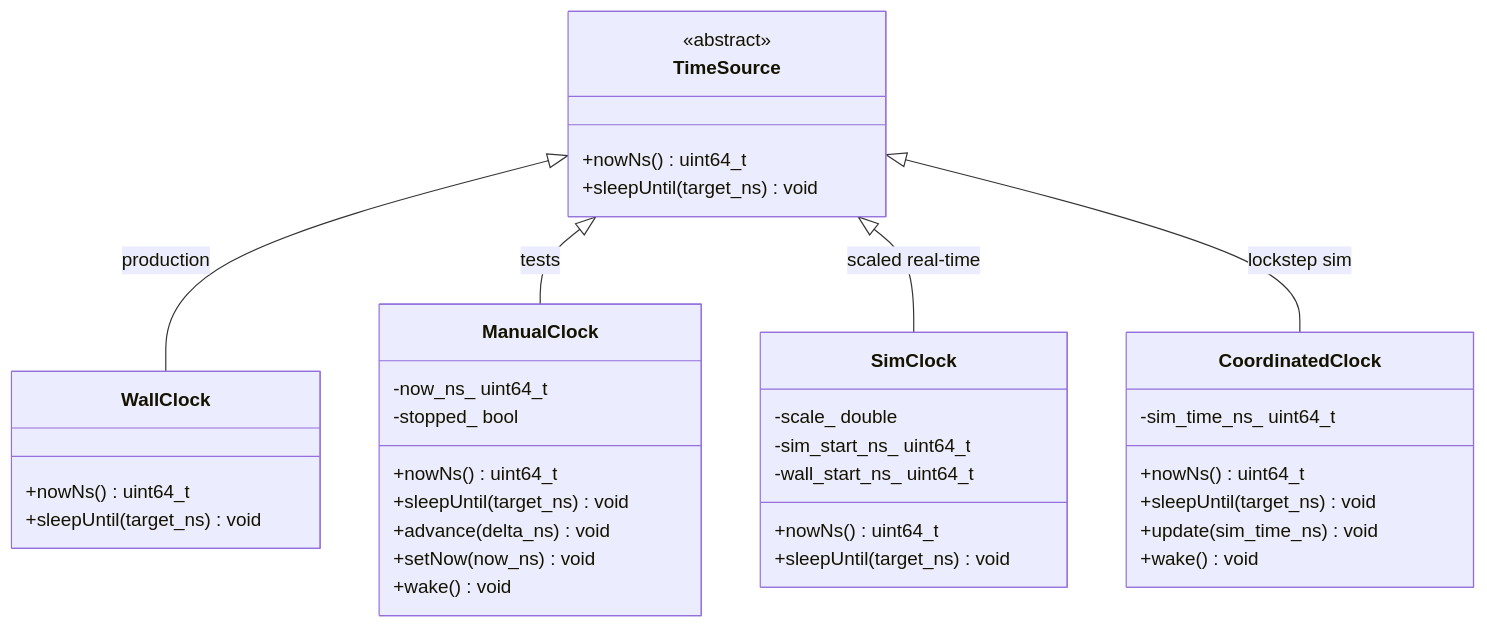
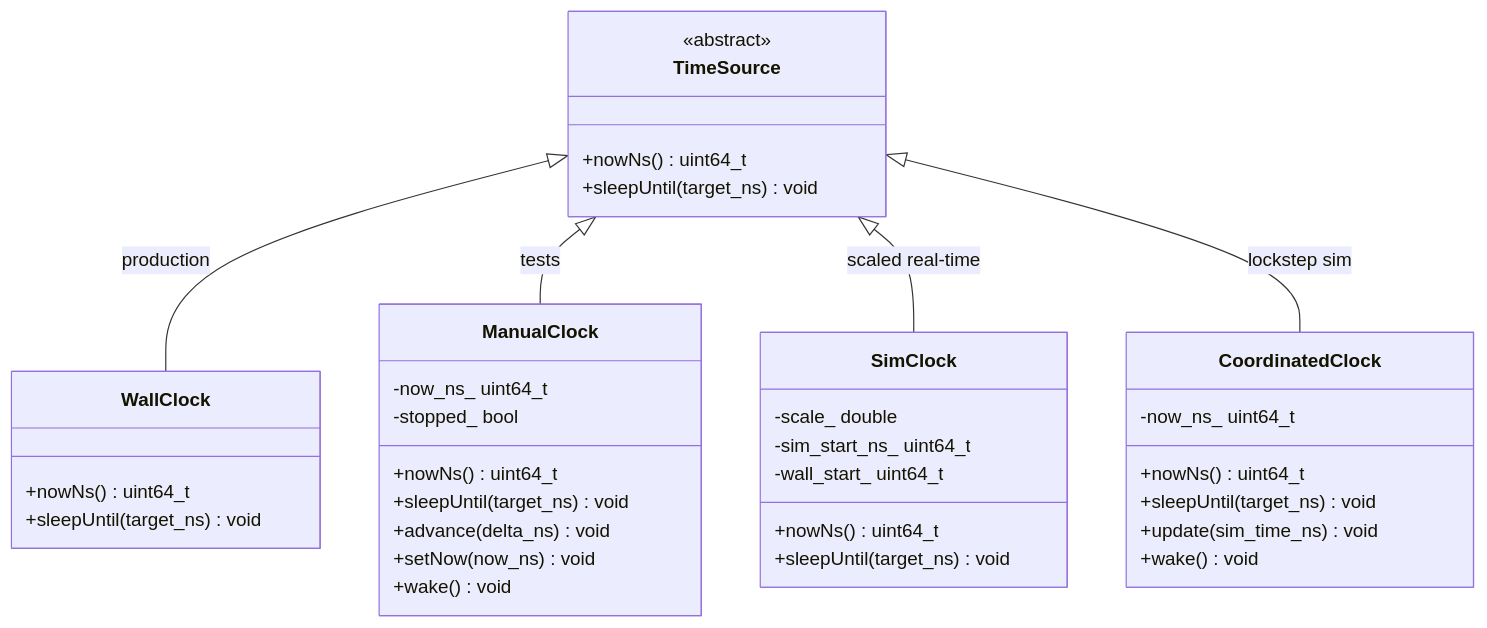
Before and after one commit to Unmanned-Constellation/orion: the first of 5 diagrams in docs/libs/orion-clock.md, drawn with Mermaid. The commit also changed other lines of this file and 18 other files, not shown here.

````diff
--- a/docs/libs/orion-clock.md
+++ b/docs/libs/orion-clock.md
@@ -25,39 +25,39 @@
 ```{mermaid}
 classDiagram
     class TimeSource {
         <<abstract>>
         +nowNs() uint64_t
         +sleepUntil(target_ns) void
     }
     class WallClock {
         +nowNs() uint64_t
         +sleepUntil(target_ns) void
     }
     class ManualClock {
         -now_ns_ uint64_t
         -stopped_ bool
         +nowNs() uint64_t
         +sleepUntil(target_ns) void
         +advance(delta_ns) void
         +setNow(now_ns) void
         +wake() void
     }
     class SimClock {
         -scale_ double
         -sim_start_ns_ uint64_t
-        -wall_start_ns_ uint64_t
+        -wall_start_ uint64_t
         +nowNs() uint64_t
         +sleepUntil(target_ns) void
     }
     class CoordinatedClock {
-        -sim_time_ns_ uint64_t
+        -now_ns_ uint64_t
         +nowNs() uint64_t
         +sleepUntil(target_ns) void
         +update(sim_time_ns) void
         +wake() void
     }
     TimeSource <|-- WallClock : production
     TimeSource <|-- ManualClock : tests
     TimeSource <|-- SimClock : scaled real-time
     TimeSource <|-- CoordinatedClock : lockstep sim
 ```
````
